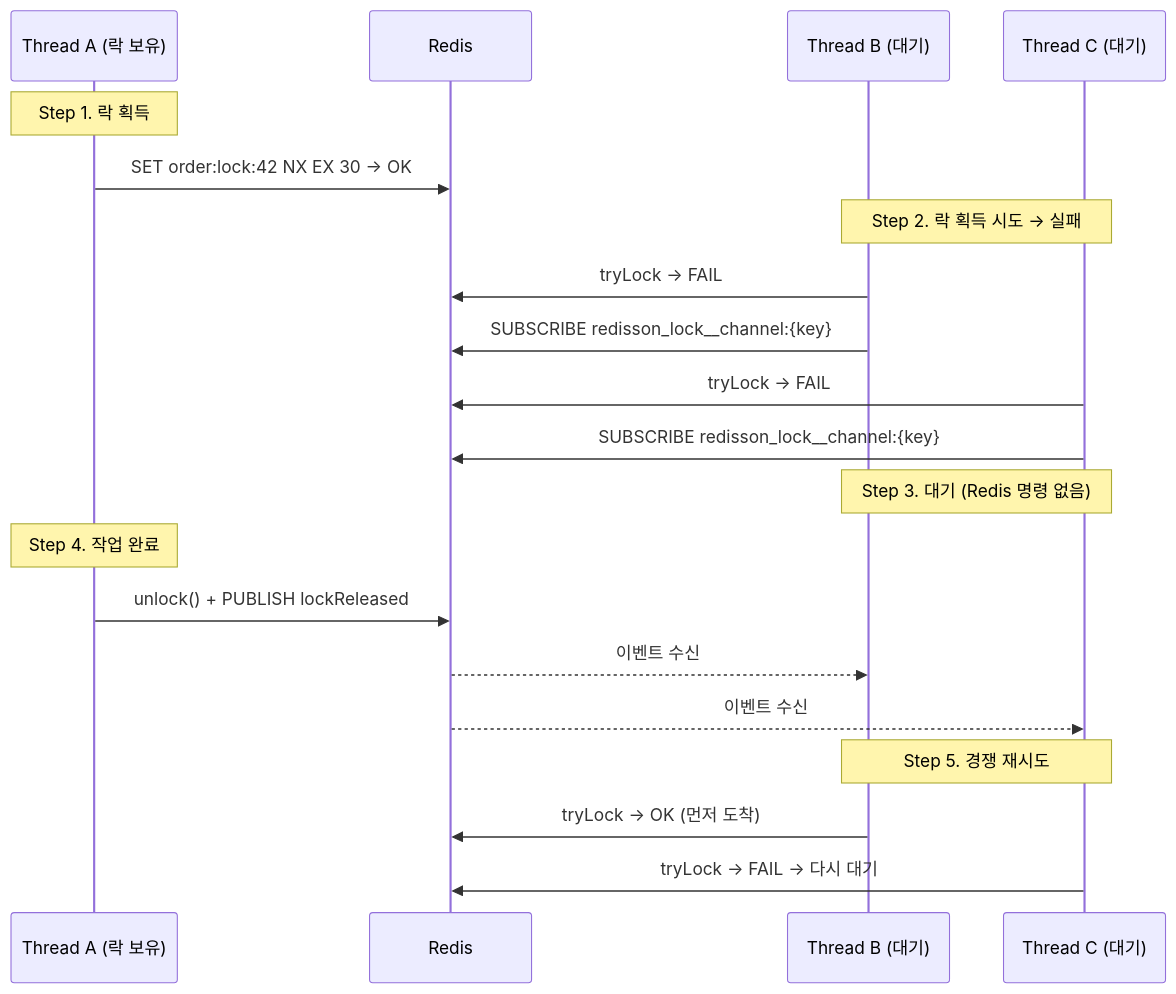
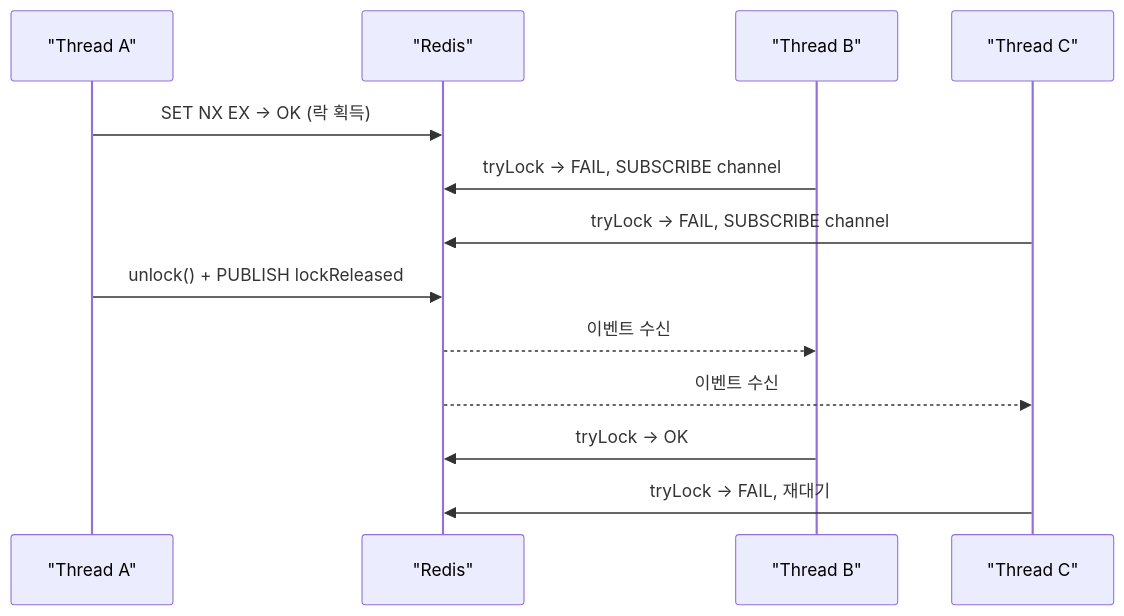
Before and after one commit to yjkim2015/yjkim2015.github.io: the fifth of 15 diagrams in _posts/redis/2026-05-01-redis-distributed-lock.md, drawn with Mermaid. The commit also changed other lines of this file and 215 other files, not shown here.

First line of the commit message:
신규 포스트 10개 추가 + Mermaid 전면 축소 + SystemDesign 시리즈 보강

````diff
--- a/_posts/redis/2026-05-01-redis-distributed-lock.md
+++ b/_posts/redis/2026-05-01-redis-distributed-lock.md
@@ -357,27 +321,15 @@
 ```mermaid
 sequenceDiagram
-    participant A as Thread A (락 보유)
-    participant R as Redis
-    participant B as Thread B (대기)
-    participant C as Thread C (대기)
-
-    Note over A: Step 1. 락 획득
-    A->>R: SET order:lock:42 NX EX 30 → OK
-
-    Note over B,C: Step 2. 락 획득 시도 → 실패
-    B->>R: tryLock → FAIL
-    B->>R: SUBSCRIBE redisson_lock__channel:{key}
-    C->>R: tryLock → FAIL
-    C->>R: SUBSCRIBE redisson_lock__channel:{key}
-
-    Note over B,C: Step 3. 대기 (Redis 명령 없음)
-
-    Note over A: Step 4. 작업 완료
+    participant A as "Thread A"
+    participant R as "Redis"
+    participant B as "Thread B"
+    participant C as "Thread C"
+    A->>R: SET NX EX → OK (락 획득)
+    B->>R: tryLock → FAIL, SUBSCRIBE channel
+    C->>R: tryLock → FAIL, SUBSCRIBE channel
     A->>R: unlock() + PUBLISH lockReleased
     R-->>B: 이벤트 수신
     R-->>C: 이벤트 수신
-
-    Note over B,C: Step 5. 경쟁 재시도
-    B->>R: tryLock → OK (먼저 도착)
-    C->>R: tryLock → FAIL → 다시 대기
+    B->>R: tryLock → OK
+    C->>R: tryLock → FAIL, 재대기
 ```
````
